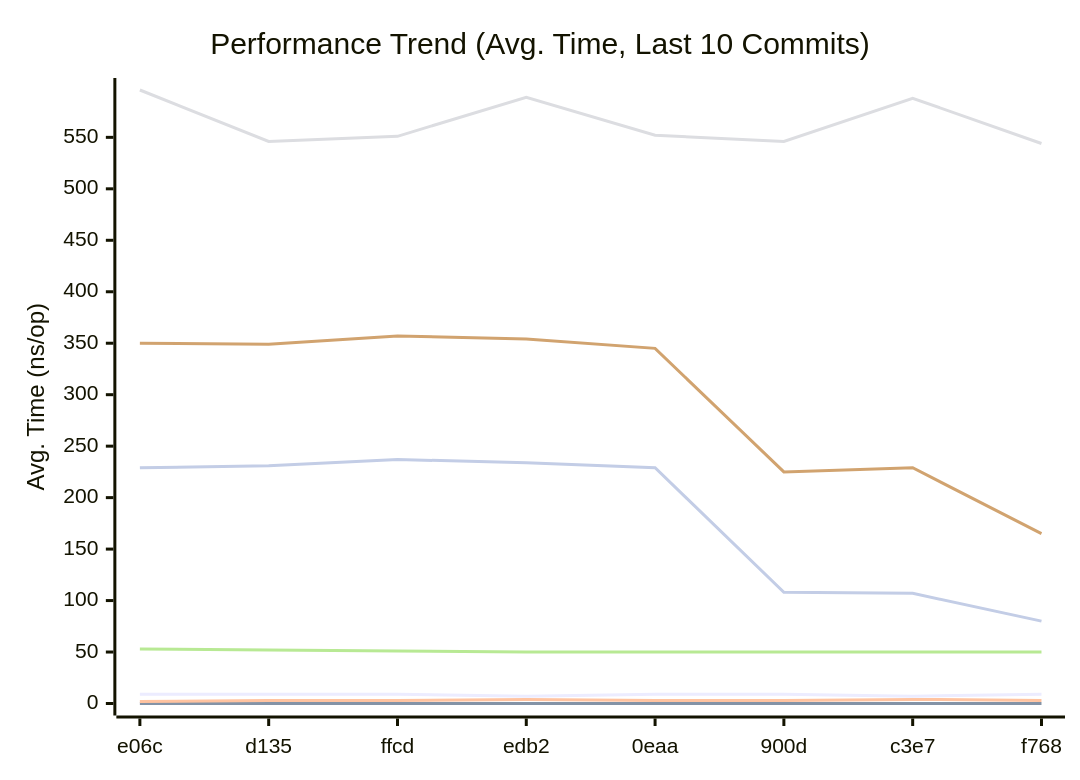
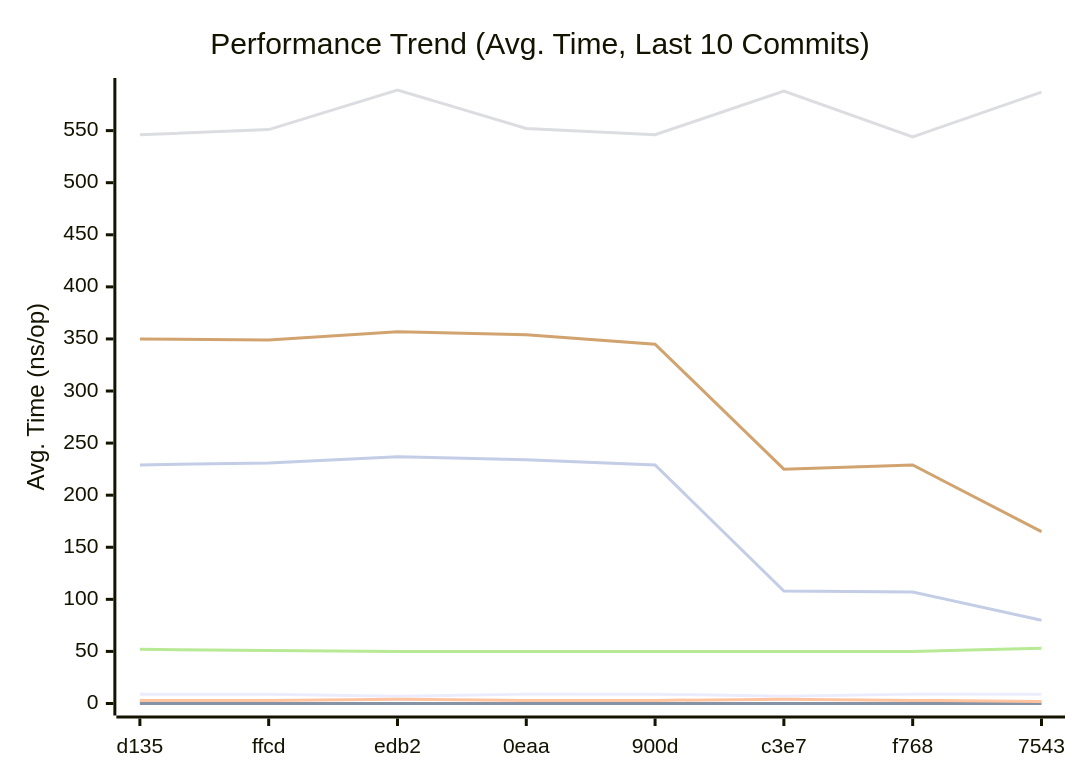
The first of 3 diagrams in docs/README.md (alsotoes/momo), drawn with Mermaid before and after one commit. The commit also changed other lines of this file and 1 other file, not shown here.

````diff
--- a/docs/README.md
+++ b/docs/README.md
@@ -303,14 +303,14 @@
 ```mermaid
 xychart-beta
     title "Performance Trend (Avg. Time, Last 10 Commits)"
     x-axis "Commit"
     y-axis "Avg. Time (ns/op)"
-    x-axis [e06c,d135,ffcd,edb2,0eaa,900d,c3e7,f768]
-    line "CheckMetricsAndSwap" [9,9,9,7,9,9,7,9,9,9]
+    x-axis [d135,ffcd,edb2,0eaa,900d,c3e7,f768,7543]
+    line "CheckMetricsAndSwap" [9,9,7,9,9,7,9,9,9,9]
     line "IndexDirectTracking" [0,0,0,0,0,0,0,0,0,0]
-    line "IndexSearch" [2,3,3,4,3,3,4,3,2,2]
-    line "LoadGlobalConfig" [596,546,551,589,552,546,588,544,587,592]
-    line "PadString" [53,52,51,50,50,50,50,50,53,52]
+    line "IndexSearch" [3,3,4,3,3,4,3,2,2,3]
+    line "LoadGlobalConfig" [546,551,589,552,546,588,544,587,592,549]
+    line "PadString" [52,51,50,50,50,50,50,53,52,50]
     line "ParseReplicationOrder_NoPrealloc" [350,349,357,354,345,225,229,165,232,234]
     line "ParseReplicationOrder_Prealloc" [229,231,237,234,229,108,107,80,110,109]
 ```
````
